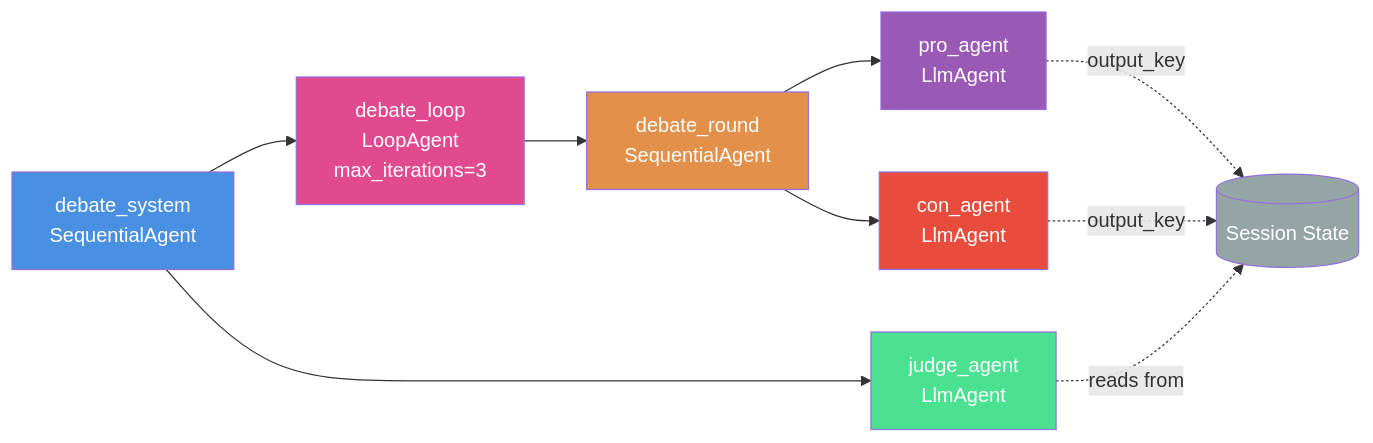
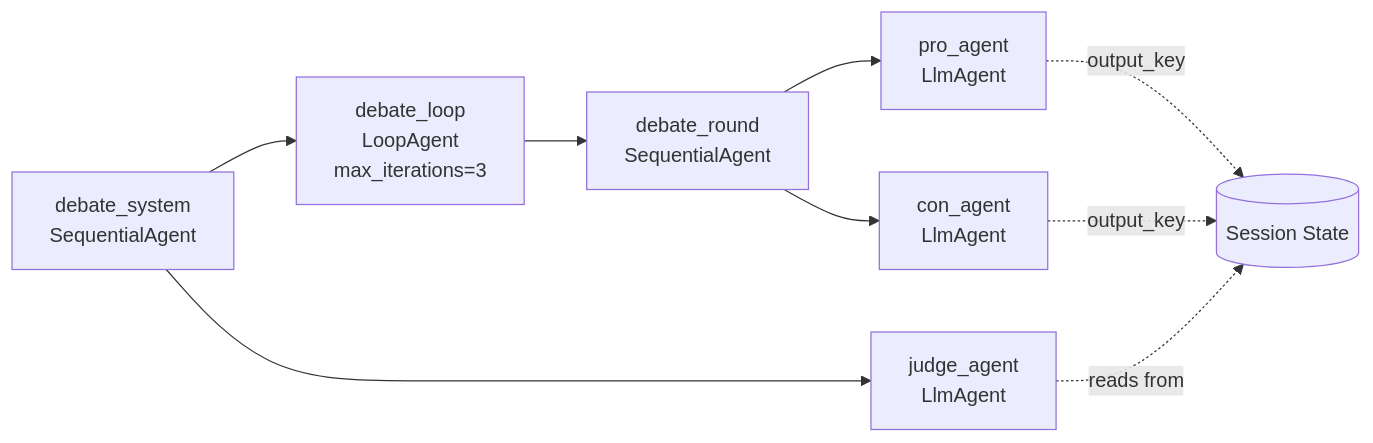
Before and after one commit to jayeeed/DebateAI: the fourth of 8 diagrams in DIAGRAMS.md, drawn with Mermaid. The commit also changed other lines of this file, not shown here.

Commit message:
Remove styling and structural rect blocks from Mermaid diagrams.

````diff
--- a/DIAGRAMS.md
+++ b/DIAGRAMS.md
@@ -125,22 +112,14 @@
 ```mermaid
 graph LR
     A[debate_system<br/>SequentialAgent] --> B[debate_loop<br/>LoopAgent<br/>max_iterations=3]
     A --> C[judge_agent<br/>LlmAgent]
     
     B --> D[debate_round<br/>SequentialAgent]
     
     D --> E[pro_agent<br/>LlmAgent]
     D --> F[con_agent<br/>LlmAgent]
     
     E -.->|output_key| G[(Session State)]
     F -.->|output_key| G
     C -.->|reads from| G
-    
-    style A fill:#4a90e2,color:#fff
-    style B fill:#e24a90,color:#fff
-    style C fill:#4ae290,color:#fff
-    style D fill:#e2904a,color:#fff
-    style E fill:#9b59b6,color:#fff
-    style F fill:#e74c3c,color:#fff
-    style G fill:#95a5a6,color:#fff
 ```
````
